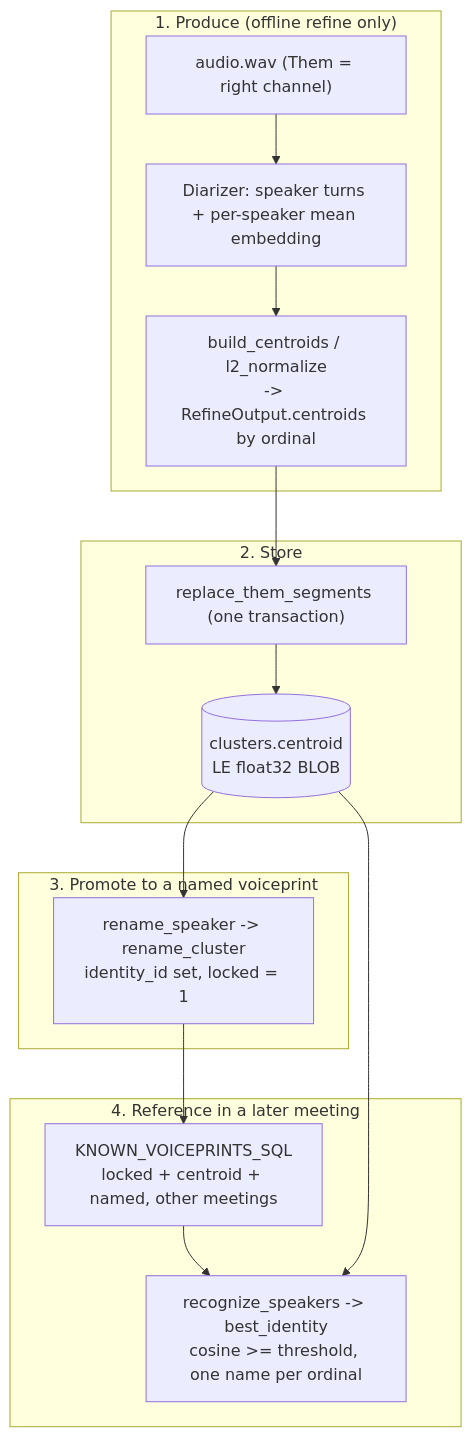
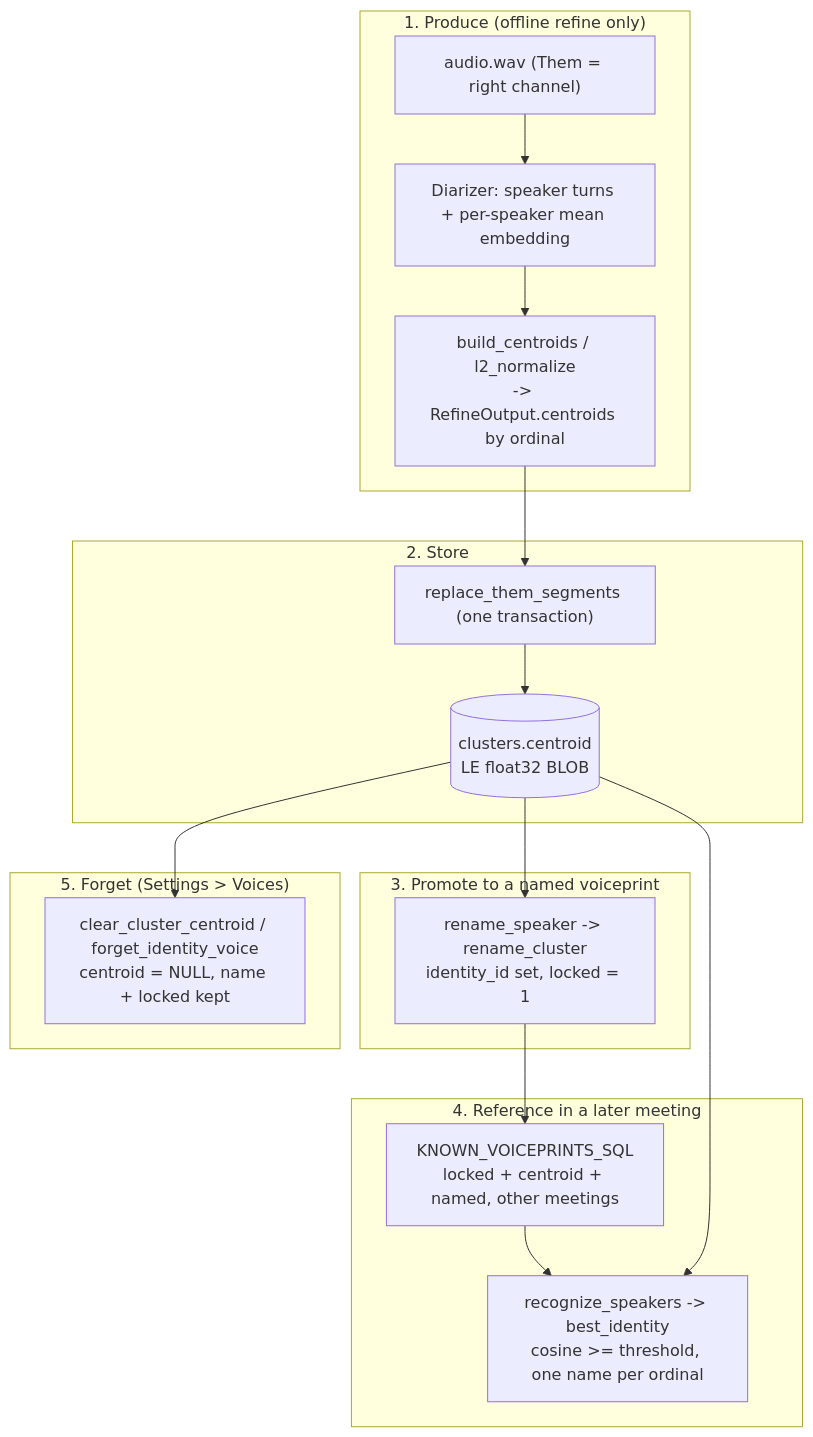
The diagram in docs/voiceprints.md (rwiseman87/hearsay), drawn with Mermaid before and after one commit. The commit also changed other lines of this file and 28 other files, not shown here.

````diff
--- a/docs/voiceprints.md
+++ b/docs/voiceprints.md
@@ -38,26 +38,30 @@
 ```mermaid
 flowchart TB
     subgraph produce["1. Produce (offline refine only)"]
         wav["audio.wav (Them = right channel)"]
         diar["Diarizer: speaker turns + per-speaker mean embedding"]
         norm["build_centroids / l2_normalize<br/>-> RefineOutput.centroids by ordinal"]
         wav --> diar --> norm
     end
     subgraph store["2. Store"]
         rep["replace_them_segments (one transaction)"]
         col[("clusters.centroid<br/>LE float32 BLOB")]
         rep --> col
     end
     subgraph name["3. Promote to a named voiceprint"]
         rename["rename_speaker -> rename_cluster<br/>identity_id set, locked = 1"]
     end
     subgraph use["4. Reference in a later meeting"]
         known["KNOWN_VOICEPRINTS_SQL<br/>locked + centroid + named, other meetings"]
         match["recognize_speakers -> best_identity<br/>cosine >= threshold, one name per ordinal"]
         known --> match
     end
+    subgraph forget["5. Forget (Settings > Voices)"]
+        clear["clear_cluster_centroid / forget_identity_voice<br/>centroid = NULL, name + locked kept"]
+    end
     norm --> rep
     col --> rename
     rename --> known
     col --> match
+    col --> clear
 ```
````
